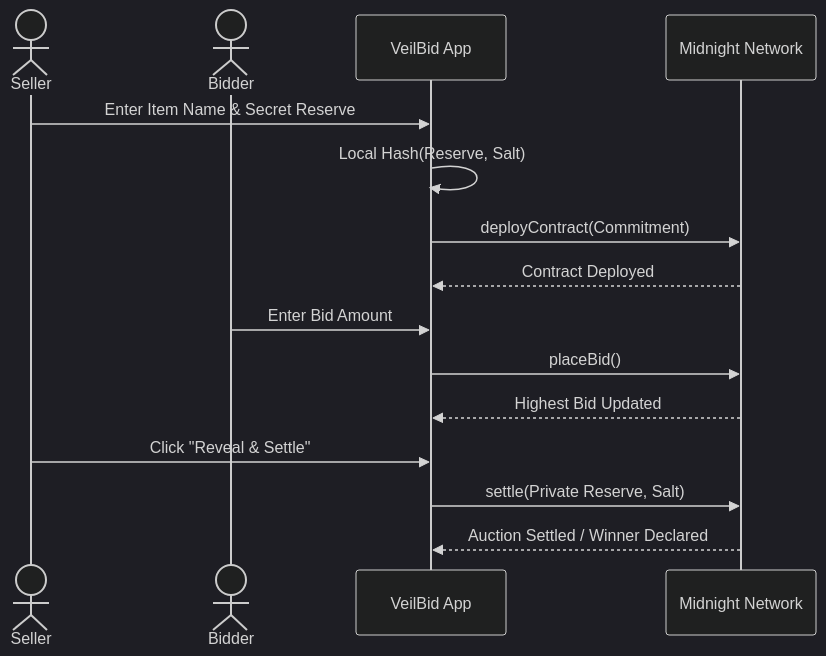
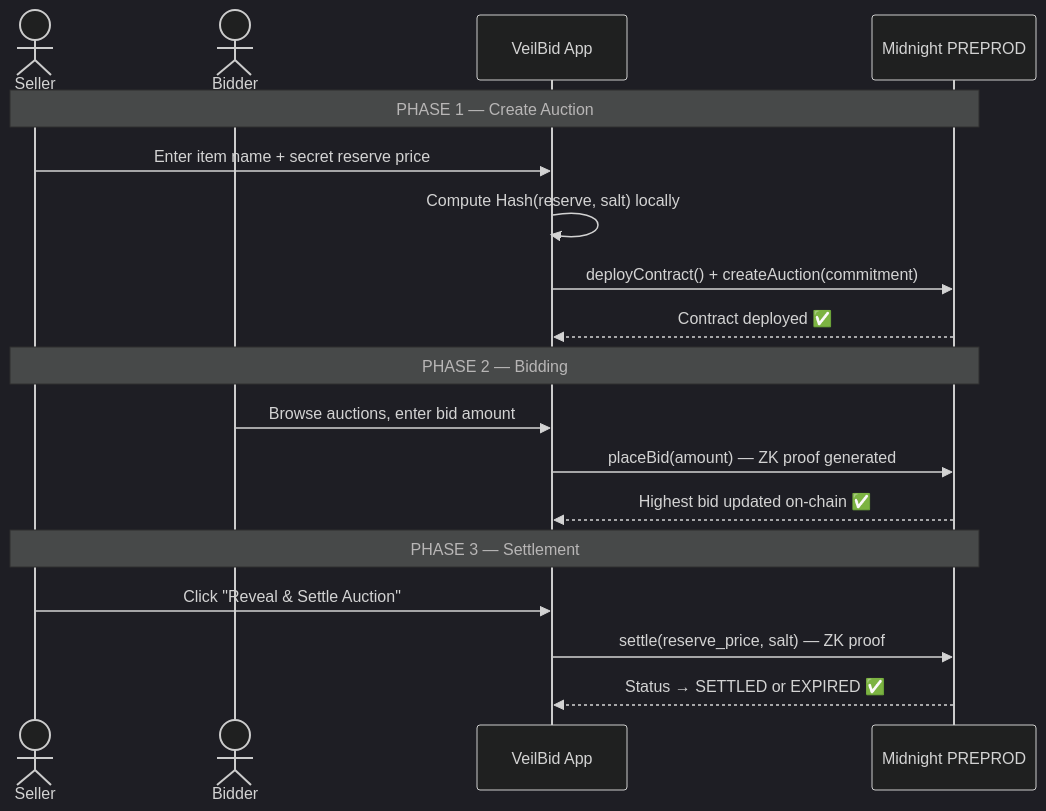
Before and after one commit to SUMAN967-GHOSH/VeilBid: the second of 2 diagrams in README.md, drawn with Mermaid (dark theme). The commit also changed other lines of this file, not shown here.

Commit message:
refactor(README): enhance project description and structure, add CI badges, and improve auction lifecycle details

````diff
--- a/README.md
+++ b/README.md
@@ -111,20 +134,23 @@
 ```mermaid
 sequenceDiagram
     actor Seller
     actor Bidder
     participant VeilBid App
-    participant Midnight Network
+    participant Midnight PREPROD
 
-    Seller->>VeilBid App: Enter Item Name & Secret Reserve
-    VeilBid App->>VeilBid App: Local Hash(Reserve, Salt)
-    VeilBid App->>Midnight Network: deployContract(Commitment)
-    Midnight Network-->>VeilBid App: Contract Deployed
-    
-    Bidder->>VeilBid App: Enter Bid Amount
-    VeilBid App->>Midnight Network: placeBid()
-    Midnight Network-->>VeilBid App: Highest Bid Updated
-    
-    Seller->>VeilBid App: Click "Reveal & Settle"
-    VeilBid App->>Midnight Network: settle(Private Reserve, Salt)
-    Midnight Network-->>VeilBid App: Auction Settled / Winner Declared
+    Note over Seller,Midnight PREPROD: PHASE 1 — Create Auction
+    Seller->>VeilBid App: Enter item name + secret reserve price
+    VeilBid App->>VeilBid App: Compute Hash(reserve, salt) locally
+    VeilBid App->>Midnight PREPROD: deployContract() + createAuction(commitment)
+    Midnight PREPROD-->>VeilBid App: Contract deployed ✅
+
+    Note over Seller,Midnight PREPROD: PHASE 2 — Bidding
+    Bidder->>VeilBid App: Browse auctions, enter bid amount
+    VeilBid App->>Midnight PREPROD: placeBid(amount) — ZK proof generated
+    Midnight PREPROD-->>VeilBid App: Highest bid updated on-chain ✅
+
+    Note over Seller,Midnight PREPROD: PHASE 3 — Settlement
+    Seller->>VeilBid App: Click "Reveal & Settle Auction"
+    VeilBid App->>Midnight PREPROD: settle(reserve_price, salt) — ZK proof
+    Midnight PREPROD-->>VeilBid App: Status → SETTLED or EXPIRED ✅
 ```
````
